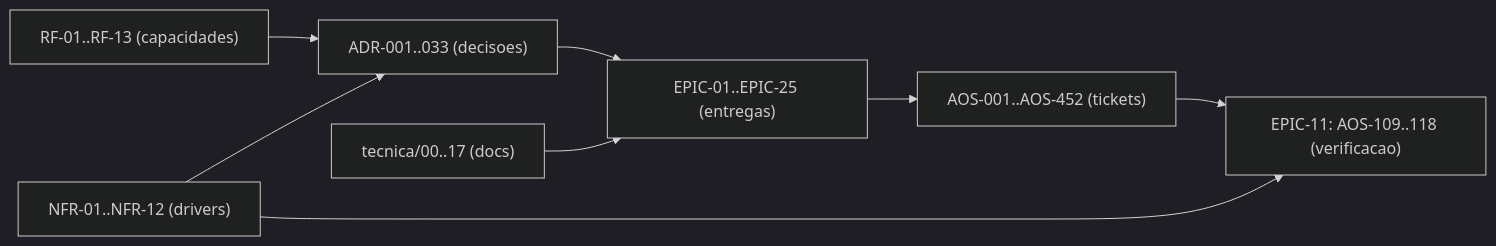
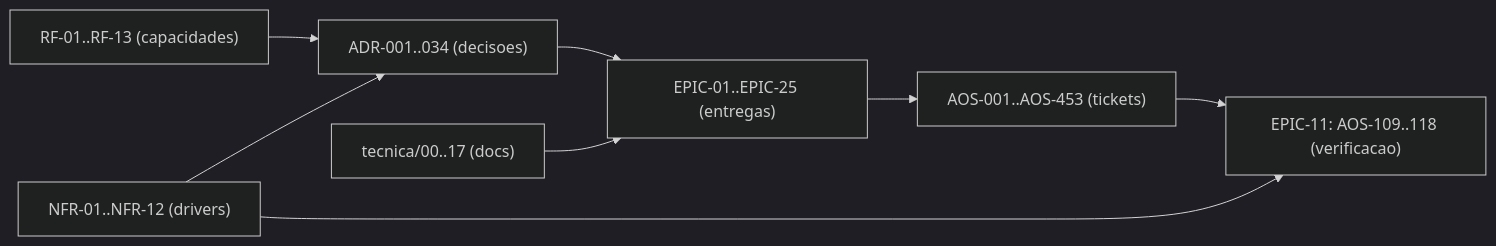
One commit to albinoJimy/aos changed the diagram in tecnica/16_Rastreabilidade_RTM.md. Above: the diagram before and after it, drawn with Mermaid (dark theme). The commit also changed other lines of this file and 77 other files, not shown here.

````diff
--- a/tecnica/16_Rastreabilidade_RTM.md
+++ b/tecnica/16_Rastreabilidade_RTM.md
@@ -195,10 +197,10 @@
 ```mermaid
 flowchart LR
-    RF["RF-01..RF-13 (capacidades)"] --> ADR["ADR-001..033 (decisoes)"]
+    RF["RF-01..RF-13 (capacidades)"] --> ADR["ADR-001..034 (decisoes)"]
     NFR["NFR-01..NFR-12 (drivers)"] --> ADR
     ADR --> EPIC["EPIC-01..EPIC-25 (entregas)"]
-    EPIC --> TICK["AOS-001..AOS-452 (tickets)"]
+    EPIC --> TICK["AOS-001..AOS-453 (tickets)"]
     DOC["tecnica/00..17 (docs)"] --> EPIC
     TICK --> TEST["EPIC-11: AOS-109..118 (verificacao)"]
     NFR --> TEST
 ```
````
